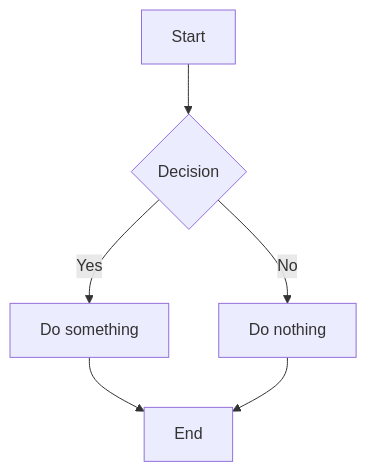
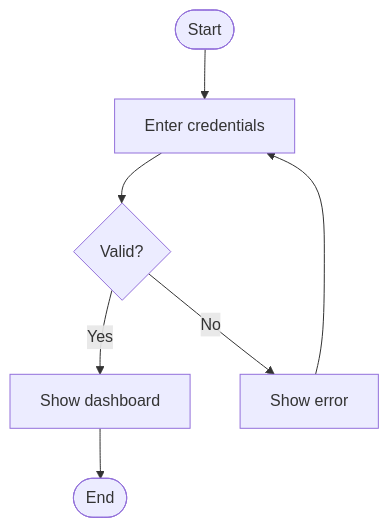
The first of 4 diagrams in README.md (happytong/EventTemplates), drawn with Mermaid before and after one commit. The commit also changed other lines of this file, not shown here.

````diff
--- a/README.md
+++ b/README.md
@@ -6,8 +6,9 @@
 ```mermaid
 flowchart TD
-  A[Start] --> B{Decision}
-  B -->|Yes| C[Do something]
-  B -->|No| D[Do nothing]
-  C --> E[End]
-  D --> E
+    Start([Start]) --> A[Enter credentials]
+    A --> B{Valid?}
+    B -->|Yes| C[Show dashboard]
+    B -->|No| D[Show error]
+    C --> End([End])
+    D --> A
 ```
````
